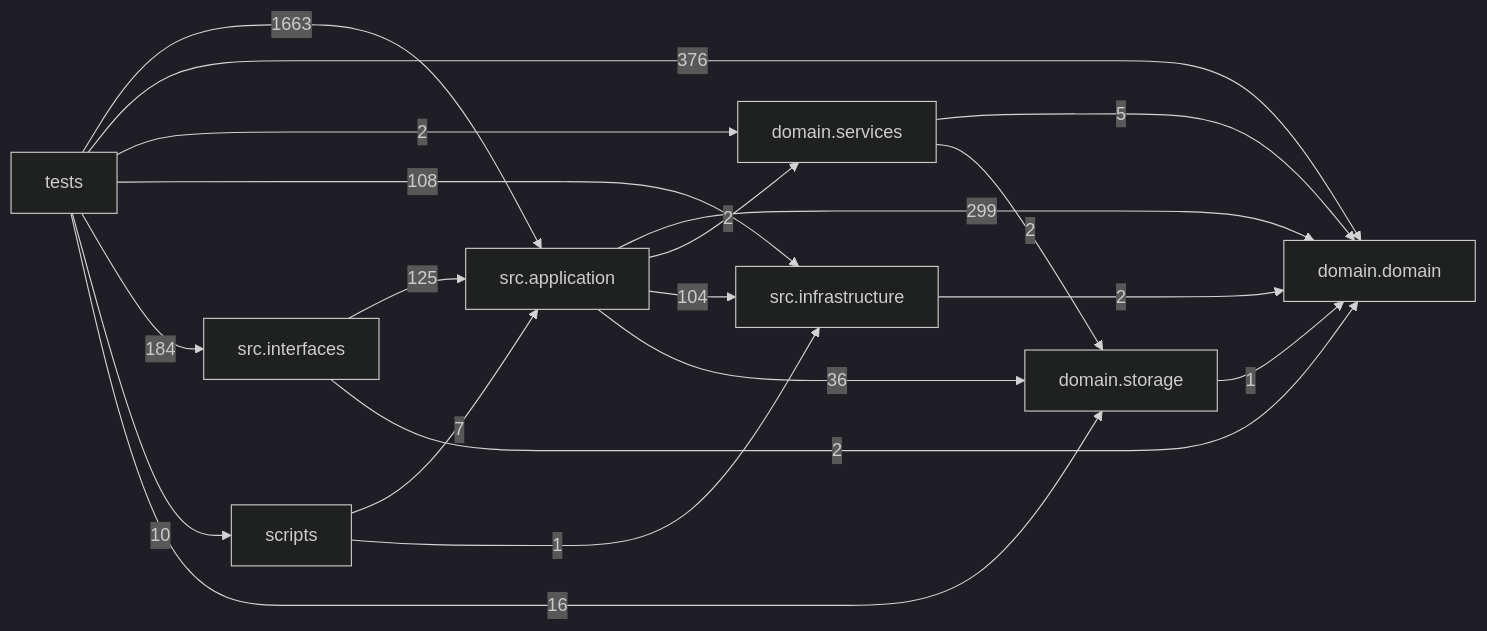
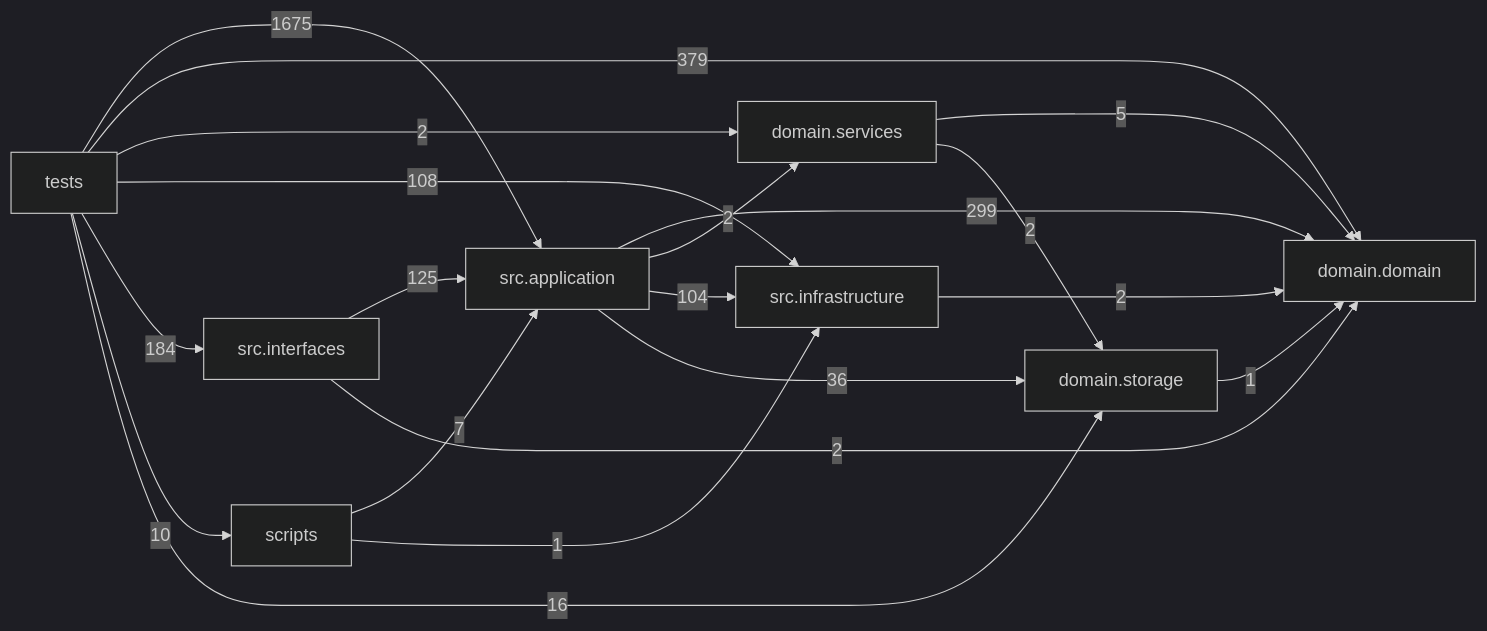
One commit to liuxie066/options-monitor changed the diagram in docs/DEPENDENCY_GRAPH.md. Above: the diagram before and after it, drawn with Mermaid (dark theme). The commit also changed other lines of this file and 8 other files, not shown here.

````diff
--- a/docs/DEPENDENCY_GRAPH.md
+++ b/docs/DEPENDENCY_GRAPH.md
@@ -24,30 +24,30 @@
 ```mermaid
 flowchart LR
   tests["tests"]
   scripts["scripts"]
   interfaces["src.interfaces"]
   application["src.application"]
   infrastructure["src.infrastructure"]
   domain_services["domain.services"]
   domain["domain.domain"]
   storage["domain.storage"]
   application -->|299| domain
   application -->|2| domain_services
   application -->|104| infrastructure
   application -->|36| storage
   domain_services -->|5| domain
   domain_services -->|2| storage
   infrastructure -->|2| domain
   interfaces -->|125| application
   interfaces -->|2| domain
   scripts -->|7| application
   scripts -->|1| infrastructure
   storage -->|1| domain
-  tests -->|1663| application
-  tests -->|376| domain
+  tests -->|1675| application
+  tests -->|379| domain
   tests -->|2| domain_services
   tests -->|108| infrastructure
   tests -->|184| interfaces
   tests -->|10| scripts
   tests -->|16| storage
 ```
````
